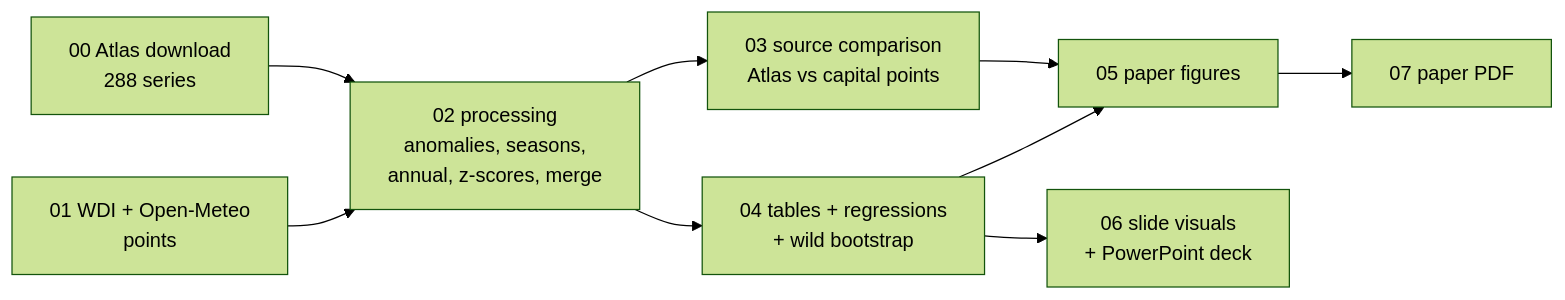
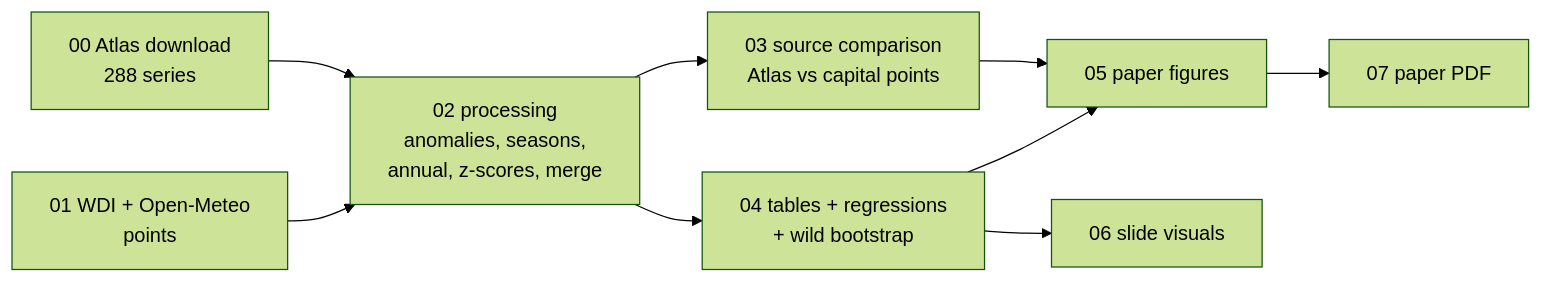
Before and after one commit to Polluxgnr/Environemental-economics-: the diagram in docs/REPORT.md, drawn with Mermaid (forest theme). The commit also changed other lines of this file and 27 other files, not shown here.

````diff
--- a/docs/REPORT.md
+++ b/docs/REPORT.md
@@ -126,11 +126,11 @@
 ```mermaid
 flowchart LR
   A[00 Atlas download<br/>288 series] --> C[02 processing<br/>anomalies, seasons,<br/>annual, z-scores, merge]
   B[01 WDI + Open-Meteo<br/>points] --> C
   C --> D[03 source comparison<br/>Atlas vs capital points]
   C --> E[04 tables + regressions<br/>+ wild bootstrap]
   D --> F[05 paper figures]
   E --> F
-  E --> G[06 slide visuals<br/>+ PowerPoint deck]
+  E --> G[06 slide visuals]
   F --> H[07 paper PDF]
 ```
````
